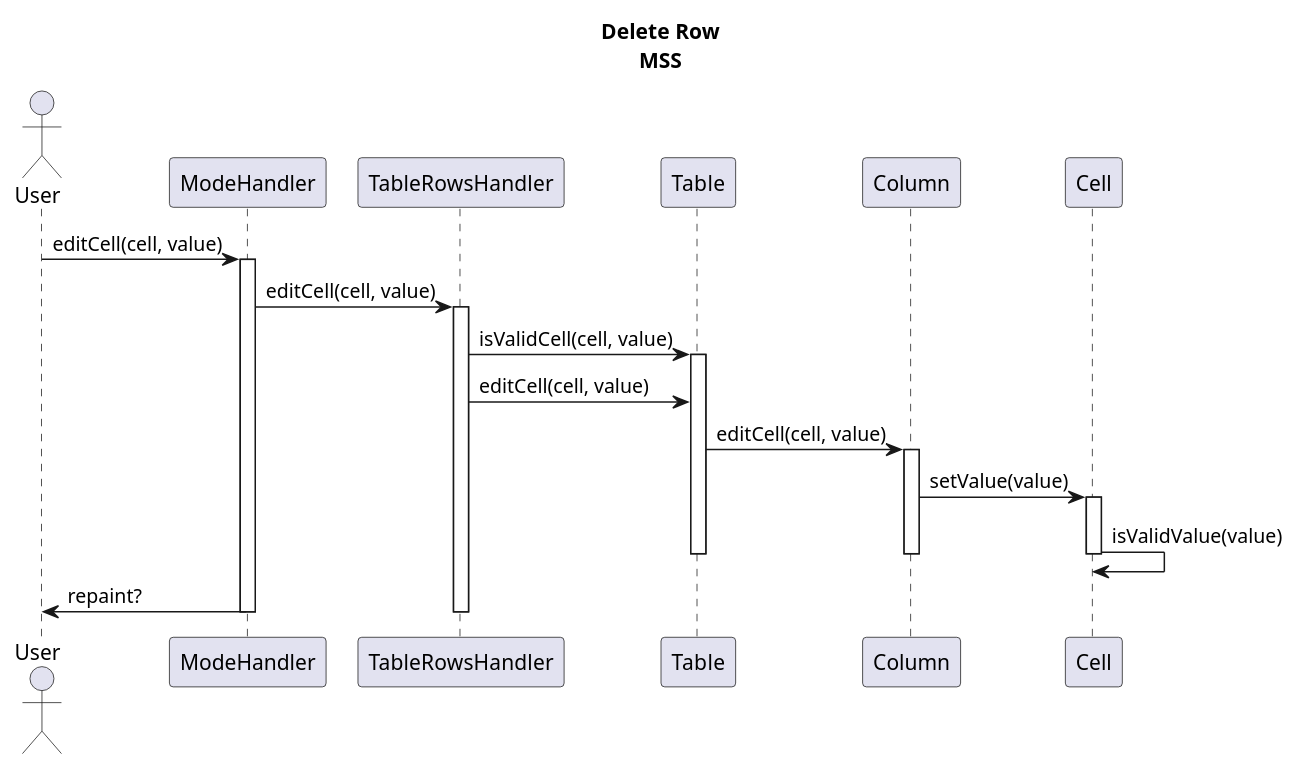
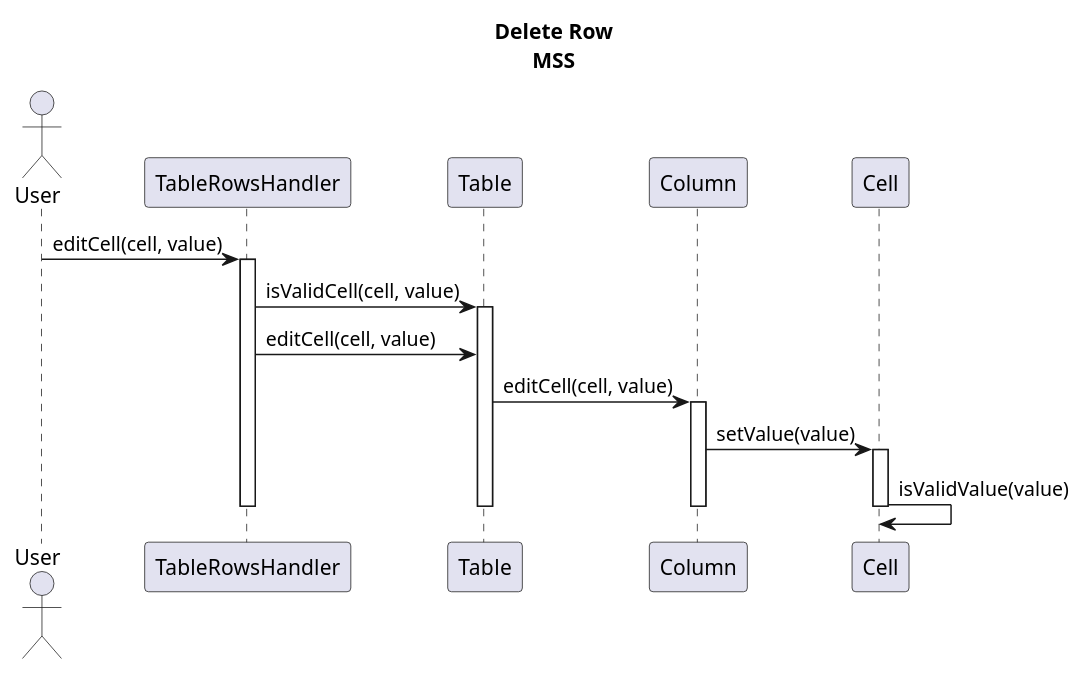
The diagram in diagrams/interactionDiagrams/editRowValue.puml (Bhamoss/softwareOntwerpProject), drawn with PlantUML before and after one commit. The commit also changed 12 other files, not shown here.

Commit message:
interactie diagrammen aangepasdt

```diff
--- a/diagrams/interactionDiagrams/editRowValue.puml
+++ b/diagrams/interactionDiagrams/editRowValue.puml
@@ -1,26 +1,23 @@
 @startuml
 title Delete Row\nMSS
 Actor User
-User -> ModeHandler: editCell(cell, value)
-activate ModeHandler
-ModeHandler -> TableRowsHandler: editCell(cell, value)
+
+User -> TableRowsHandler: editCell(cell, value)
 activate TableRowsHandler
 
 TableRowsHandler -> Table: isValidCell(cell, value)
 activate Table
 TableRowsHandler -> Table: editCell(cell, value)
 
 Table -> Column: editCell(cell, value)
 activate Column
 Column -> Cell: setValue(value)
 activate Cell
 Cell -> Cell: isValidValue(value)
 deactivate Cell
 deactivate Column
 
 deactivate Table
 
-ModeHandler -> User: repaint?
 deactivate TableRowsHandler
-deactivate ModeHandler
 @enduml
```
